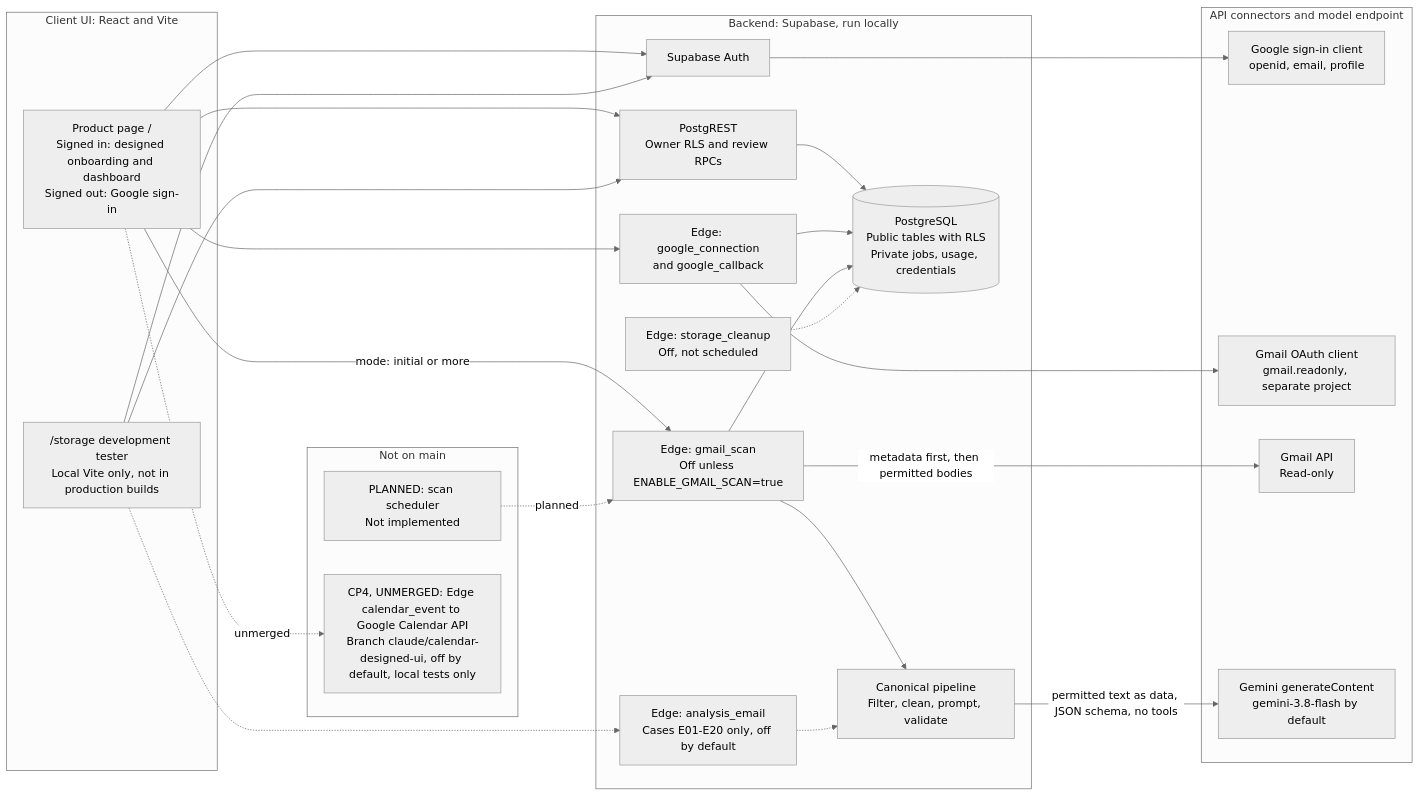
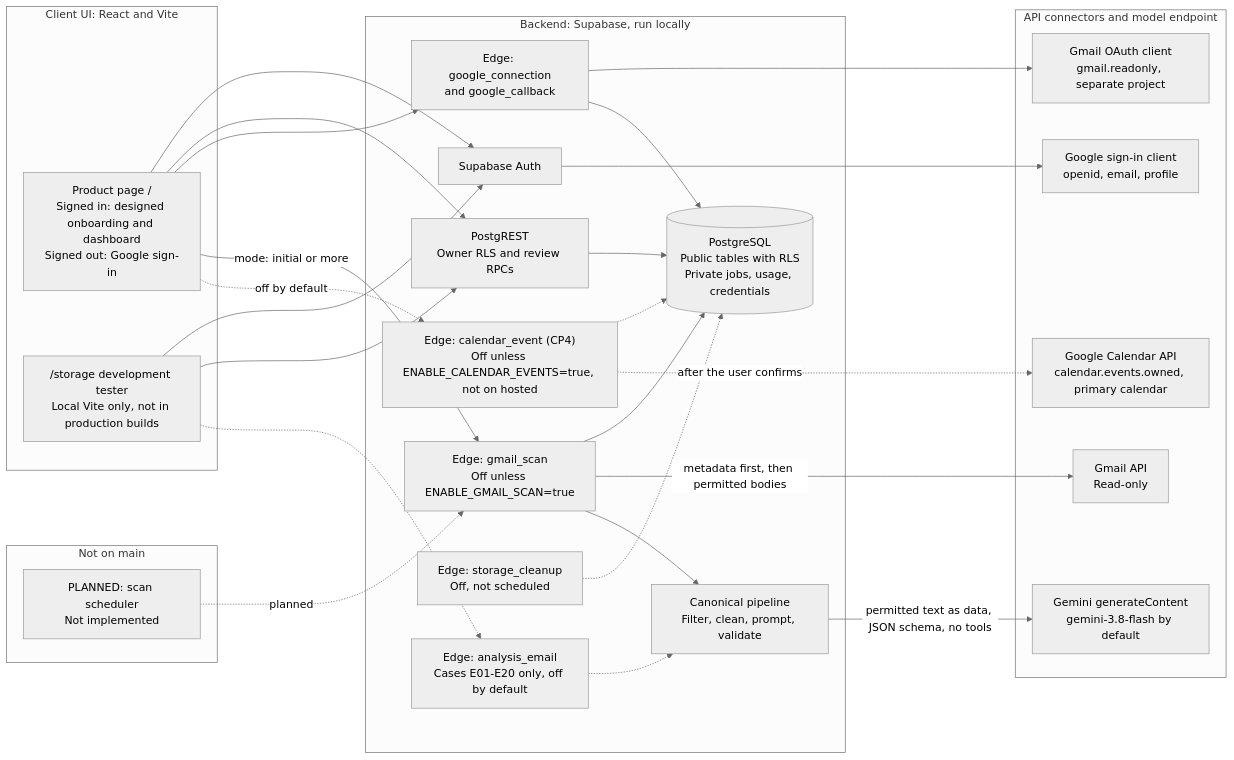
Before and after one commit to saniashah012/InboxToTask: the first of 2 diagrams in Checkpoint 3/docs/architecture.md, drawn with Mermaid (neutral theme). The commit also changed other lines of this file and 15 other files, not shown here.

First line of the commit message:
Record that Google Calendar merged to main on November 16

````diff
--- a/Checkpoint 3/docs/architecture.md
+++ b/Checkpoint 3/docs/architecture.md
@@ -21,50 +21,53 @@
 ```mermaid
 flowchart LR
   subgraph Client["Client UI: React and Vite"]
     Product["Product page /<br/>Signed in: designed onboarding and dashboard<br/>Signed out: Google sign-in"]
     Dev["/storage development tester<br/>Local Vite only, not in production builds"]
   end
 
   subgraph Backend["Backend: Supabase, run locally"]
     Auth["Supabase Auth"]
     Rest["PostgREST<br/>Owner RLS and review RPCs"]
     Connect["Edge: google_connection<br/>and google_callback"]
     Scan["Edge: gmail_scan<br/>Off unless ENABLE_GMAIL_SCAN=true"]
     Pipeline["Canonical pipeline<br/>Filter, clean, prompt, validate"]
     Fixture["Edge: analysis_email<br/>Cases E01-E20 only, off by default"]
     Cleanup["Edge: storage_cleanup<br/>Off, not scheduled"]
+    Calendar["Edge: calendar_event (CP4)<br/>Off unless ENABLE_CALENDAR_EVENTS=true, not on hosted"]
     DB[("PostgreSQL<br/>Public tables with RLS<br/>Private jobs, usage, credentials")]
   end
 
   subgraph External["API connectors and model endpoint"]
     SignIn["Google sign-in client<br/>openid, email, profile"]
     GmailOAuth["Gmail OAuth client<br/>gmail.readonly, separate project"]
     GmailAPI["Gmail API<br/>Read-only"]
     Gemini["Gemini generateContent<br/>gemini-3.8-flash by default"]
+    CalendarAPI["Google Calendar API<br/>calendar.events.owned, primary calendar"]
   end
 
   subgraph Absent["Not on main"]
     Scheduler["PLANNED: scan scheduler<br/>Not implemented"]
-    Calendar["CP4, UNMERGED: Edge calendar_event to Google Calendar API<br/>Branch claude/calendar-designed-ui, off by default, local tests only"]
   end
 
   Product --> Auth
   Dev --> Auth
   Auth --> SignIn
   Product --> Rest
   Dev --> Rest
   Rest --> DB
   Product --> Connect
   Connect --> GmailOAuth
   Connect --> DB
   Product -- "mode: initial or more" --> Scan
   Scan --> DB
   Scan -- "metadata first, then permitted bodies" --> GmailAPI
   Scan --> Pipeline
   Pipeline -- "permitted text as data, JSON schema, no tools" --> Gemini
   Dev -.-> Fixture
   Fixture -.-> Pipeline
   Cleanup -.-> DB
   Scheduler -. "planned" .-> Scan
-  Product -. "unmerged" .-> Calendar
+  Product -. "off by default" .-> Calendar
+  Calendar -.-> DB
+  Calendar -. "after the user confirms" .-> CalendarAPI
 ```
````
